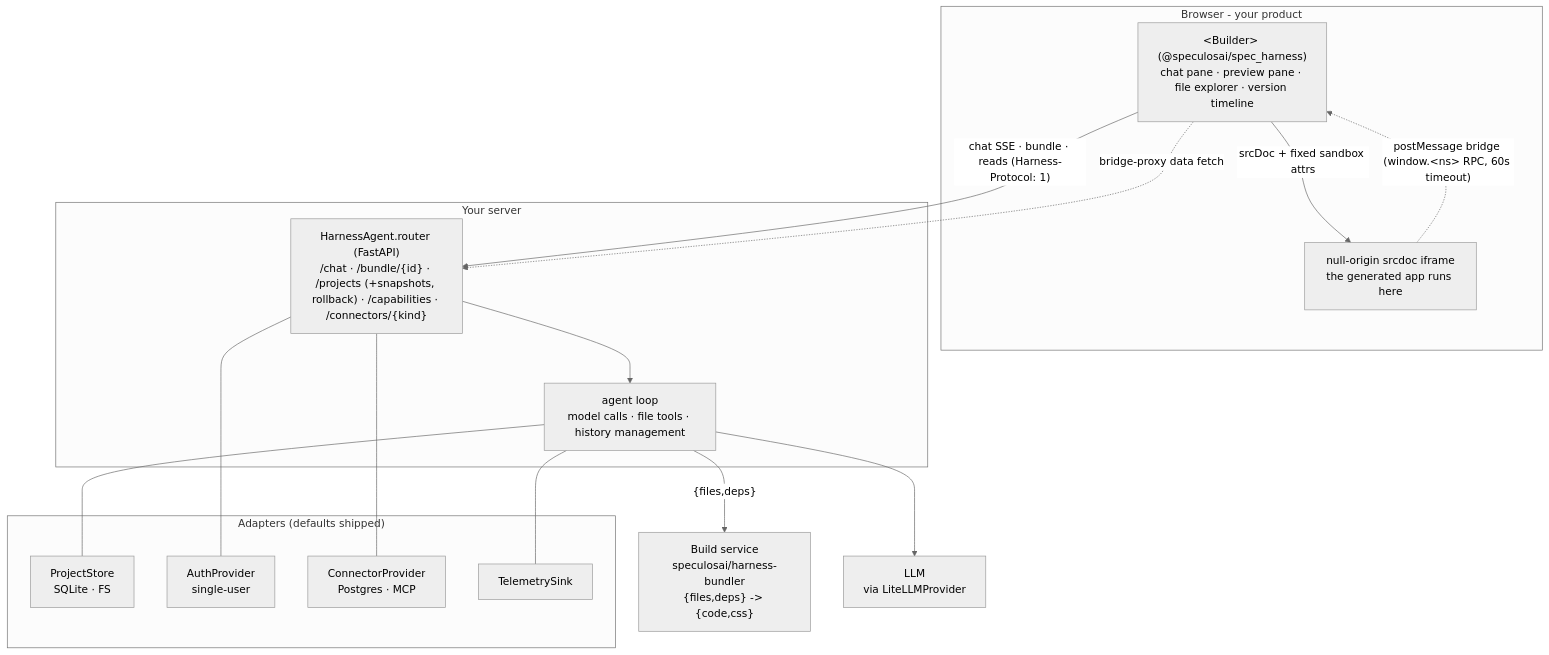
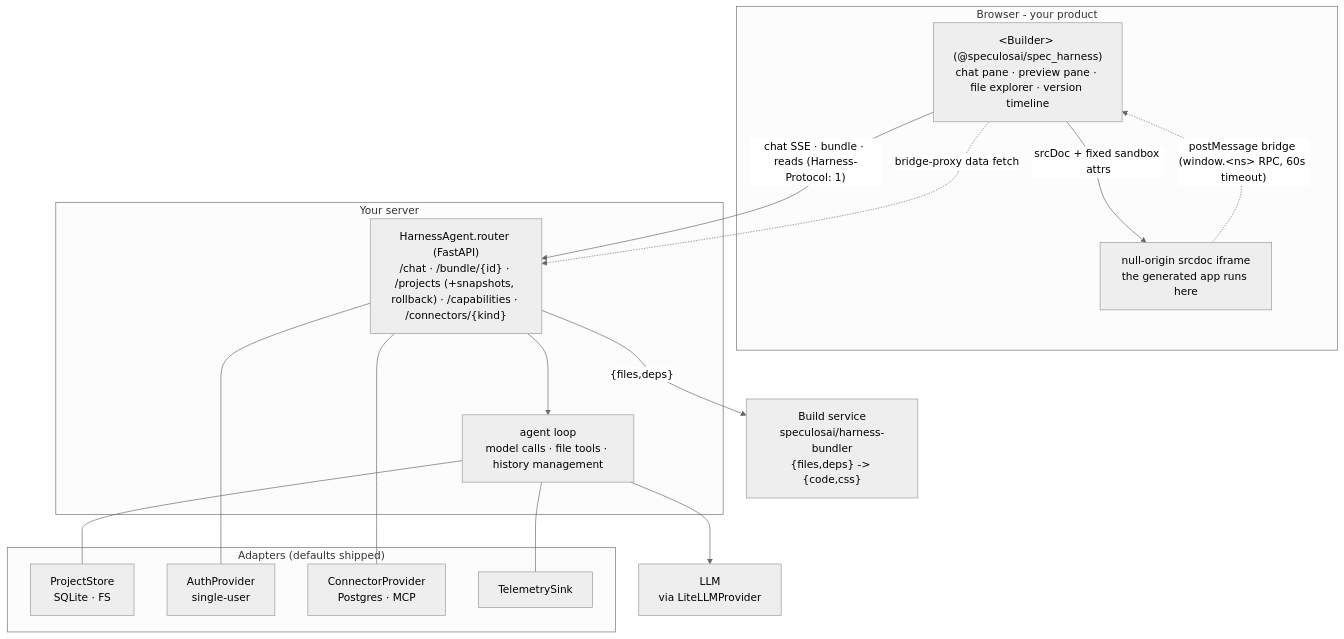
One commit to speculosai/spec_harness changed the diagram in docs/architecture.md. Above: the diagram before and after it, drawn with Mermaid (neutral theme). The commit also changed other lines of this file and 53 other files, not shown here.

````diff
--- a/docs/architecture.md
+++ b/docs/architecture.md
@@ -33,34 +33,34 @@
 ```mermaid
 flowchart TB
   subgraph browser["Browser - your product"]
     builder["&lt;Builder&gt; (@speculosai/spec_harness)<br/>chat pane · preview pane · file explorer · version timeline"]
     iframe["null-origin srcdoc iframe<br/>the generated app runs here"]
     builder -->|"srcDoc + fixed sandbox attrs"| iframe
     iframe -. "postMessage bridge (window.&lt;ns&gt; RPC, 60s timeout)" .-> builder
   end
 
   subgraph server["Your server"]
     router["HarnessAgent.router (FastAPI)<br/>/chat · /bundle/{id} · /projects (+snapshots, rollback) · /capabilities · /connectors/{kind}"]
     loop["agent loop<br/>model calls · file tools · history management"]
     router --> loop
   end
 
   subgraph adapters["Adapters (defaults shipped)"]
     store["ProjectStore<br/>SQLite · FS"]
     auth["AuthProvider<br/>single-user"]
     conn["ConnectorProvider<br/>Postgres · MCP"]
     tel["TelemetrySink"]
   end
 
   bundler["Build service<br/>speculosai/harness-bundler<br/>{files,deps} -> {code,css}"]
   llm["LLM<br/>via LiteLLMProvider"]
 
   builder -->|"chat SSE · bundle · reads (Harness-Protocol: 1)"| router
   builder -. "bridge-proxy data fetch" .-> router
-  loop -->|"{files,deps}"| bundler
+  router -->|"{files,deps}"| bundler
   loop --> llm
   loop --- store
   router --- auth
   router --- conn
   loop --- tel
 ```
````
